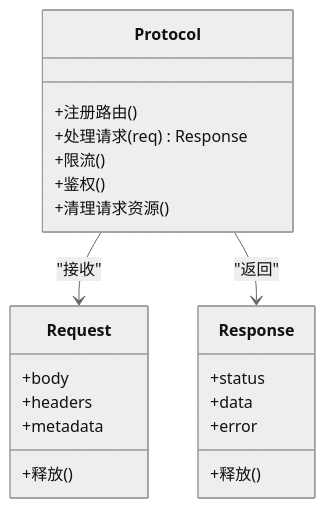
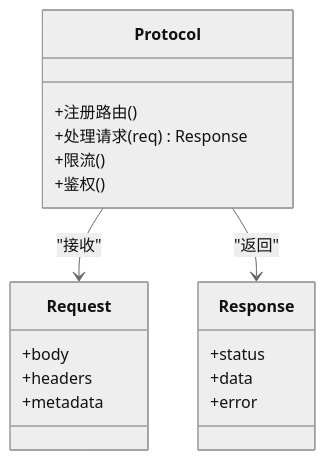
One commit to Ivandanslespace/thegreatnovel changed the ninth of 12 diagrams in .qoder/repowiki/zh/content/运行时系统/运行时核心.md. Above: the diagram before and after it, drawn with Mermaid (neutral theme). The commit also changed other lines of this file and 100 other files, not shown here.

````diff
--- a/.qoder/repowiki/zh/content/运行时系统/运行时核心.md
+++ b/.qoder/repowiki/zh/content/运行时系统/运行时核心.md
@@ -387,24 +432,21 @@
 ```mermaid
 classDiagram
 class Protocol {
 +注册路由()
 +处理请求(req) Response
 +限流()
 +鉴权()
-+清理请求资源()
 }
 class Request {
 +body
 +headers
 +metadata
-+释放()
 }
 class Response {
 +status
 +data
 +error
-+释放()
 }
 Protocol --> Request : "接收"
 Protocol --> Response : "返回"
 ```
````
